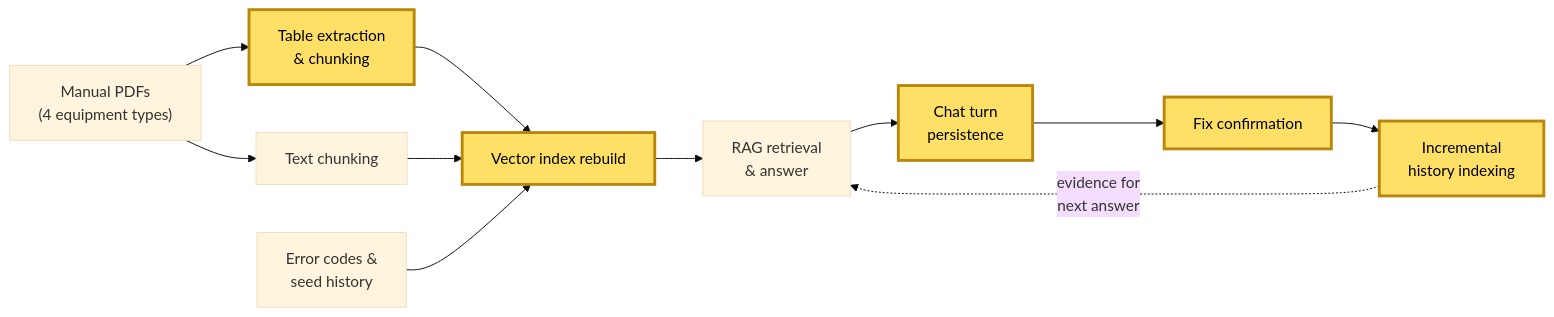
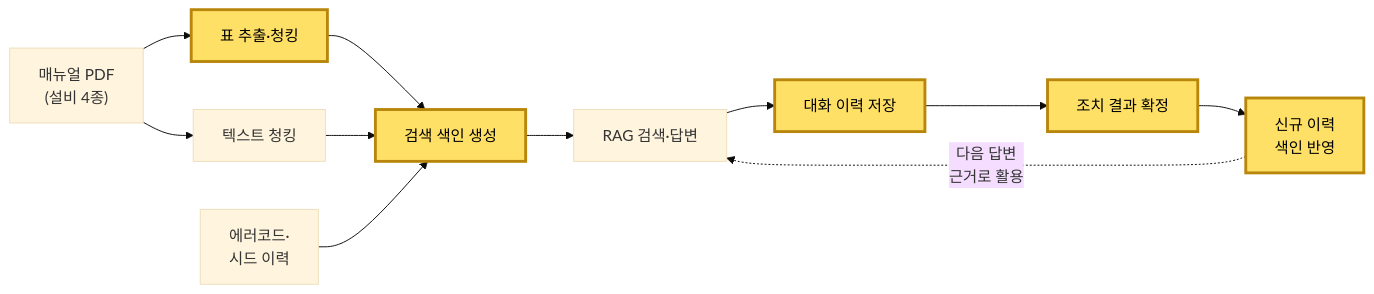
One commit to 8113jsl-ui/m-pilot changed the diagram in README.md. Above: the diagram before and after it, drawn with Mermaid (base theme). The commit also changed other lines of this file and 2 other files, not shown here.

````diff
--- a/README.md
+++ b/README.md
@@ -53,16 +53,16 @@
 ```mermaid
 flowchart LR
-    PDF["Manual PDFs<br/>(4 equipment types)"] --> T["Table extraction<br/>& chunking"]
-    PDF --> X["Text chunking"]
-    T --> IDX["Vector index rebuild"]
+    PDF["매뉴얼 PDF<br/>(설비 4종)"] --> T["표 추출·청킹"]
+    PDF --> X["텍스트 청킹"]
+    T --> IDX["검색 색인 생성"]
     X --> IDX
-    CODE["Error codes &<br/>seed history"] --> IDX
-    IDX --> RAG["RAG retrieval<br/>& answer"]
-    RAG --> CHAT["Chat turn<br/>persistence"]
-    CHAT --> RES["Fix confirmation"]
-    RES --> HIS["Incremental<br/>history indexing"]
-    HIS -.->|"evidence for<br/>next answer"| RAG
+    CODE["에러코드·<br/>시드 이력"] --> IDX
+    IDX --> RAG["RAG 검색·답변"]
+    RAG --> CHAT["대화 이력 저장"]
+    CHAT --> RES["조치 결과 확정"]
+    RES --> HIS["신규 이력<br/>색인 반영"]
+    HIS -.->|"다음 답변<br/>근거로 활용"| RAG
 
     classDef mine fill:#FFE066,stroke:#B8860B,stroke-width:3px,color:#000;
     class T,IDX,CHAT,RES,HIS mine;
 ```
````
